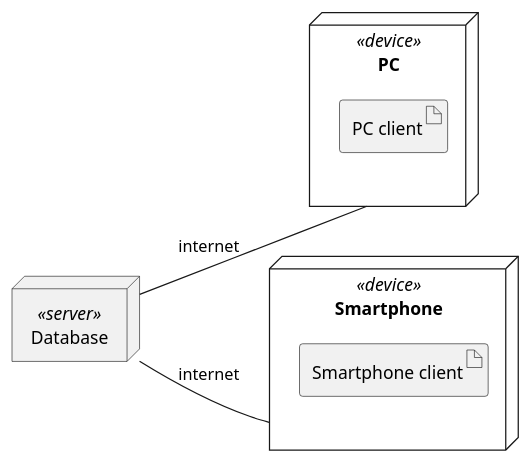
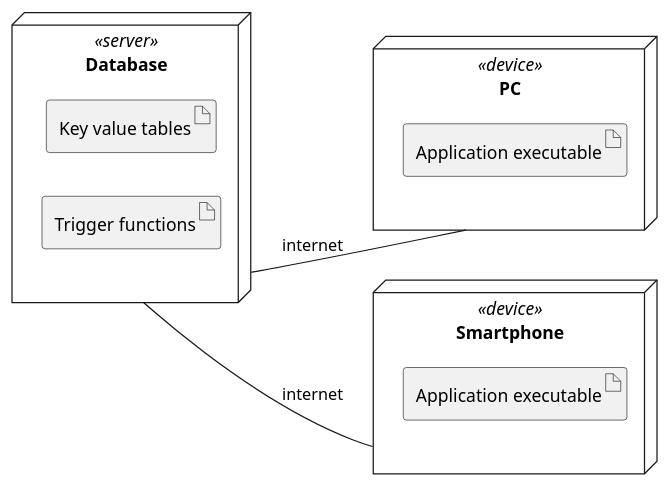
Before and after one commit to aureliocirella/se1-ezgas: the fifth of 5 diagrams in docs/RequirementsDocument.md, drawn with PlantUML. The commit also changed other lines of this file, not shown here.

Commit message:
add: deployment diagram

````diff
--- a/docs/RequirementsDocument.md
+++ b/docs/RequirementsDocument.md
@@ -535,17 +536,21 @@
 ```plantuml
 @startuml
 left to right direction
-Node Database as db <<server>>
+Node Database as db <<server>> {
+Artifact "Key value tables" as kvt
+Artifact "Trigger functions" as tf
+}
 
 Node PC as pc <<device>> {
-Artifact "PC client" as pcc
+Artifact "Application executable" as aexpc
 }
 
 Node Smartphone as sm <<device>> {
-Artifact "Smartphone client" as smc
+Artifact "Application executable" as aexs
 }
 
 db -- pc : internet
+db -[hidden]- pc
 db -- sm : internet
 @enduml
 ```
````
